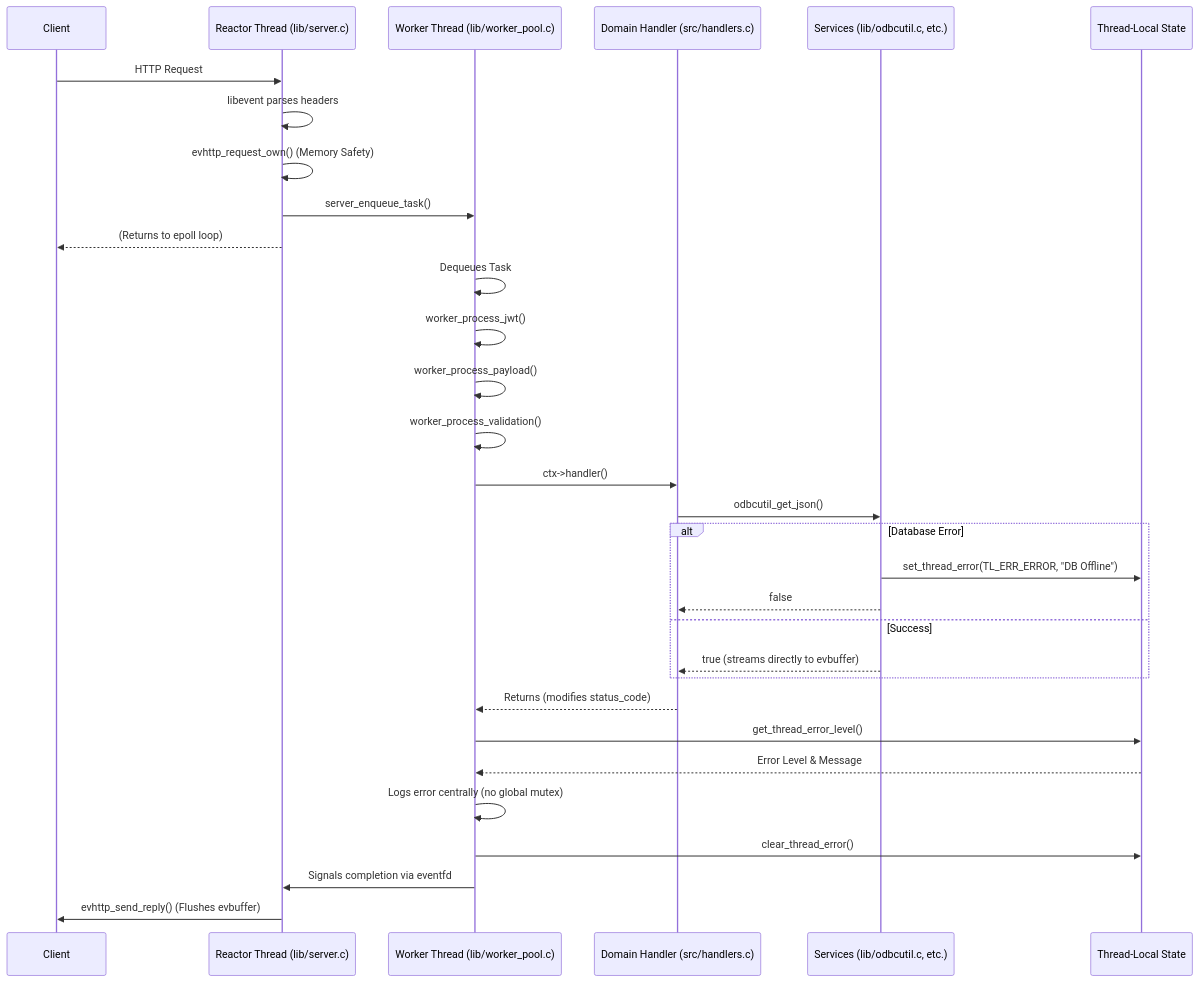
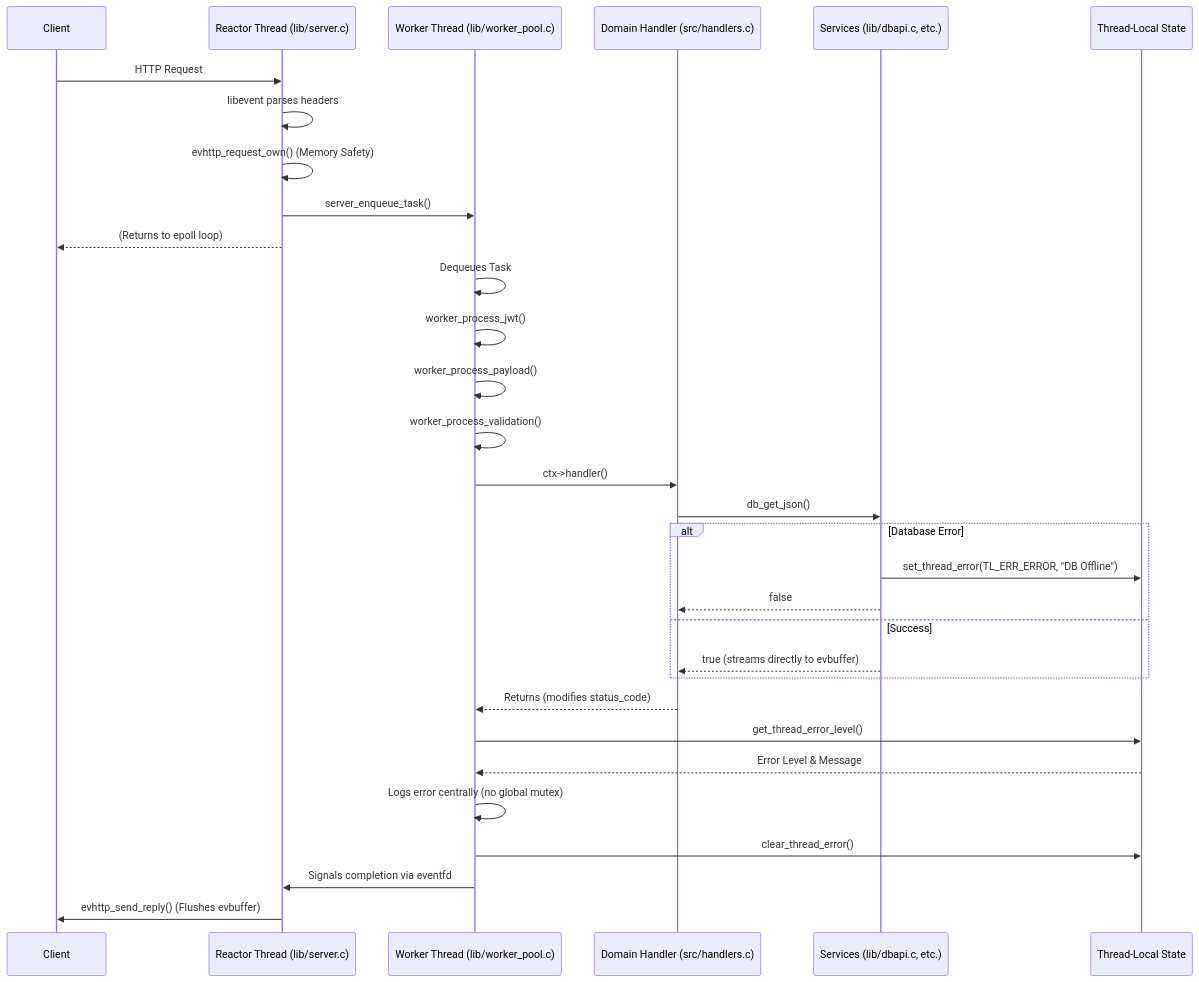
The diagram in skills.md (cppservergit/evhttp-apiserver), drawn with Mermaid before and after one commit. The commit also changed other lines of this file and 9 other files, not shown here.

````diff
--- a/skills.md
+++ b/skills.md
@@ -158,38 +158,38 @@
 ```mermaid
 sequenceDiagram
     participant Client
     participant RT as Reactor Thread (lib/server.c)
     participant WT as Worker Thread (lib/worker_pool.c)
     participant H as Domain Handler (src/handlers.c)
-    participant S as Services (lib/odbcutil.c, etc.)
+    participant S as Services (lib/dbapi.c, etc.)
     participant TL as Thread-Local State
     
     Client->>RT: HTTP Request
     RT->>RT: libevent parses headers
     RT->>RT: evhttp_request_own() (Memory Safety)
     RT->>WT: server_enqueue_task()
     RT-->>Client: (Returns to epoll loop)
     
     WT->>WT: Dequeues Task
     WT->>WT: worker_process_jwt()
     WT->>WT: worker_process_payload()
     WT->>WT: worker_process_validation()
     WT->>H: ctx->handler()
     
-    H->>S: odbcutil_get_json()
+    H->>S: db_get_json()
     alt Database Error
         S->>TL: set_thread_error(TL_ERR_ERROR, "DB Offline")
         S-->>H: false
     else Success
         S-->>H: true (streams directly to evbuffer)
     end
     
     H-->>WT: Returns (modifies status_code)
     WT->>TL: get_thread_error_level()
     TL-->>WT: Error Level & Message
     WT->>WT: Logs error centrally (no global mutex)
     WT->>TL: clear_thread_error()
     
     WT->>RT: Signals completion via eventfd
     RT->>Client: evhttp_send_reply() (Flushes evbuffer)
 ```
````
